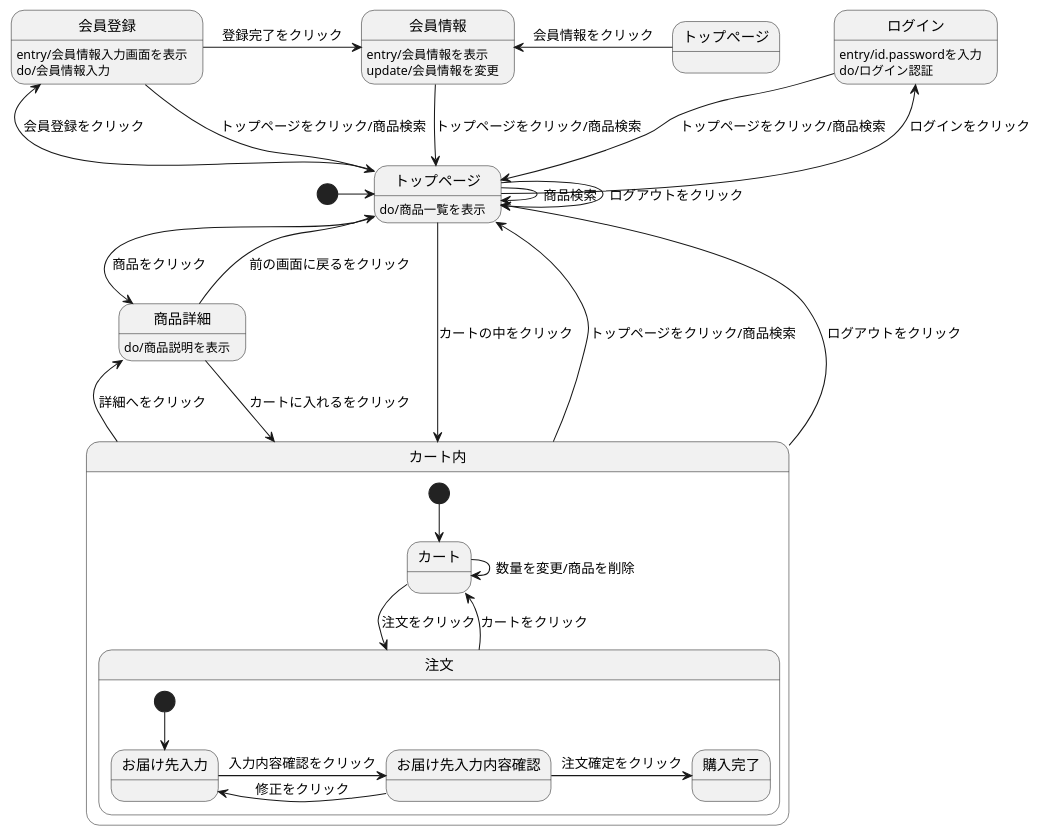
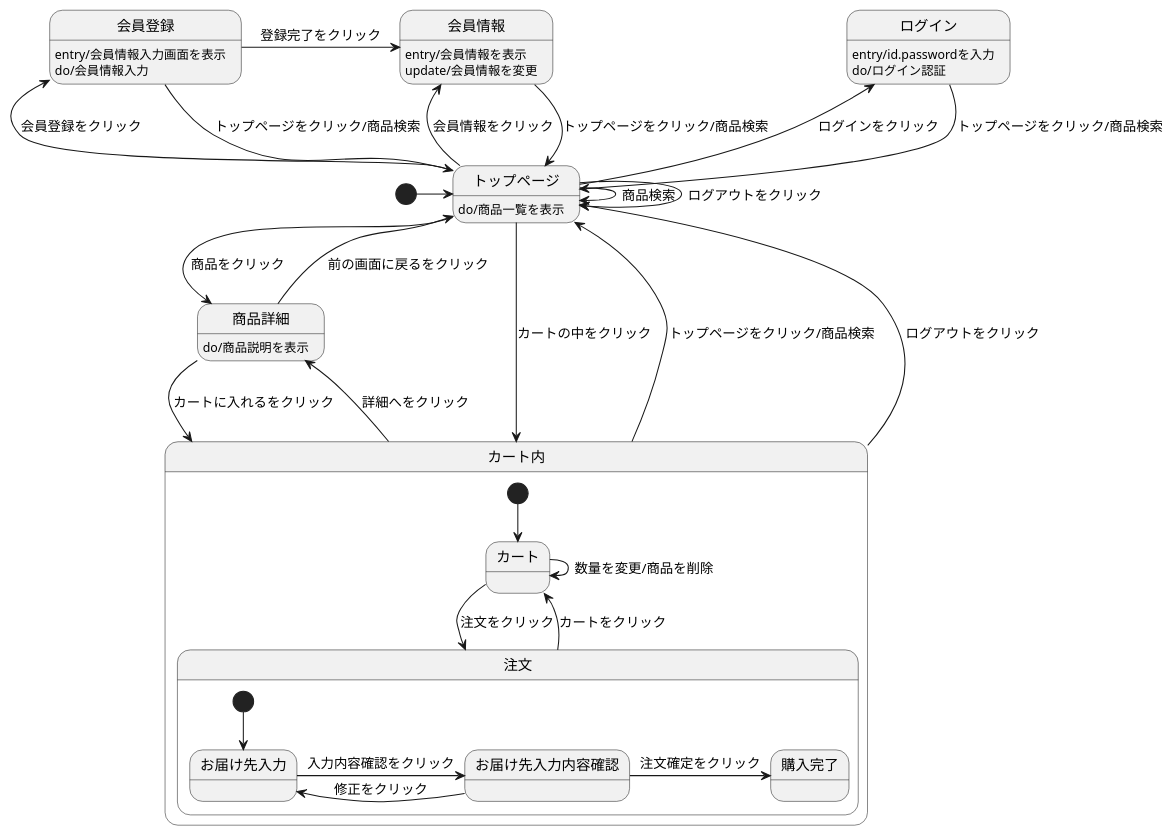
Before and after one commit to Aso2001027/2021sys-design: the diagram in shopping1.md, drawn with PlantUML.

````diff
--- a/shopping1.md
+++ b/shopping1.md
@@ -1,42 +1,42 @@
 ```uml
 @startuml
 [*] -> トップページ
 会員情報 --> トップページ : トップページをクリック/商品検索
 ログイン --> トップページ : トップページをクリック/商品検索
 ログイン : entry/id.passwordを入力
 ログイン : do/ログイン認証
 会員登録 -> 会員情報 : 登録完了をクリック
 会員登録 --> トップページ : トップページをクリック/商品検索
 会員登録 : entry/会員情報入力画面を表示
 会員登録 : do/会員情報入力
-トップぺージ -left-> 会員情報 : 会員情報をクリック
+トップページ -left-> 会員情報 : 会員情報をクリック
 会員情報 : entry/会員情報を表示
 会員情報 : update/会員情報を変更
 トップページ --> トップページ : ログアウトをクリック
 トップページ -> トップページ : 商品検索
 トップページ -> 商品詳細 : 商品をクリック
 トップページ -left-> 会員登録 : 会員登録をクリック
 トップページ -left-> ログイン : ログインをクリック
 トップページ --> カート内 : カートの中をクリック
 トップページ : do/商品一覧を表示
 商品詳細 --> カート内 : カートに入れるをクリック
 商品詳細 --> トップページ : 前の画面に戻るをクリック
 商品詳細 : do/商品説明を表示
 カート内 -up-> トップページ : トップページをクリック/商品検索
 カート内 -up-> トップページ : ログアウトをクリック
 カート内 -> 商品詳細 : 詳細へをクリック
 
 state カート内{
 [*] --> カート
 カート -> 注文 : 注文をクリック
 カート -> カート : 数量を変更/商品を削除
 注文 --> カート : カートをクリック
 state 注文 {
 [*] --> お届け先入力
 お届け先入力 -> お届け先入力内容確認 : 入力内容確認をクリック
 お届け先入力内容確認 -> お届け先入力 : 修正をクリック
 お届け先入力内容確認 -> 購入完了 : 注文確定をクリック
   }
 }
 @enduml
 ```
````
